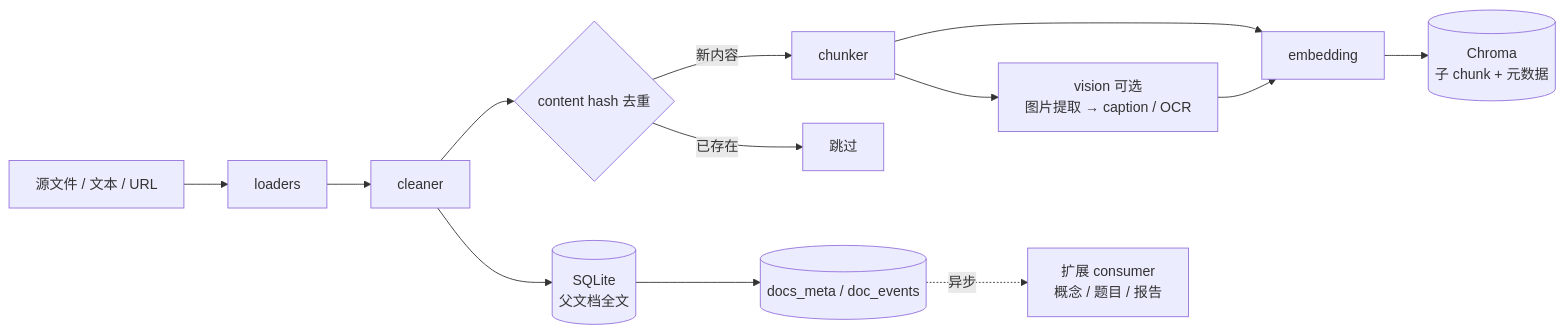
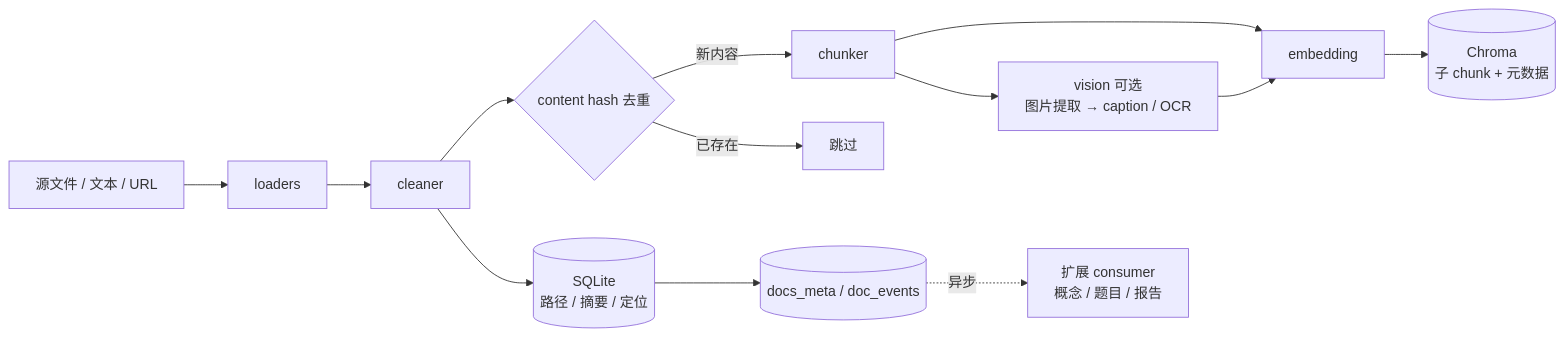
One commit to ouyang-ww/kb-agent changed the fourth of 9 diagrams in docs/architecture.md. Above: the diagram before and after it, drawn with Mermaid. The commit also changed other lines of this file and 11 other files, not shown here.

First line of the commit message:
docs: align the roadmap with a decoupled learning MVP

````diff
--- a/docs/architecture.md
+++ b/docs/architecture.md
@@ -160,15 +160,15 @@
 ```mermaid
 flowchart LR
     SRC["源文件 / 文本 / URL"] --> LOAD["loaders"]
     LOAD --> CLEAN["cleaner"]
     CLEAN --> HASH{"content hash 去重"}
     HASH -->|"新内容"| CHUNK["chunker"]
     HASH -->|"已存在"| SKIP["跳过"]
     CHUNK --> EMB["embedding"]
     CHUNK --> VISION["vision 可选<br/>图片提取 → caption / OCR"]
     VISION --> EMB
     EMB --> CHROMA[("Chroma<br/>子 chunk + 元数据")]
-    CLEAN --> PARENT[("SQLite<br/>父文档全文")]
+    CLEAN --> PARENT[("SQLite<br/>路径 / 摘要 / 定位")]
     PARENT --> META[("docs_meta / doc_events")]
     META -.->|"异步"| CONS["扩展 consumer<br/>概念 / 题目 / 报告"]
 ```
````
